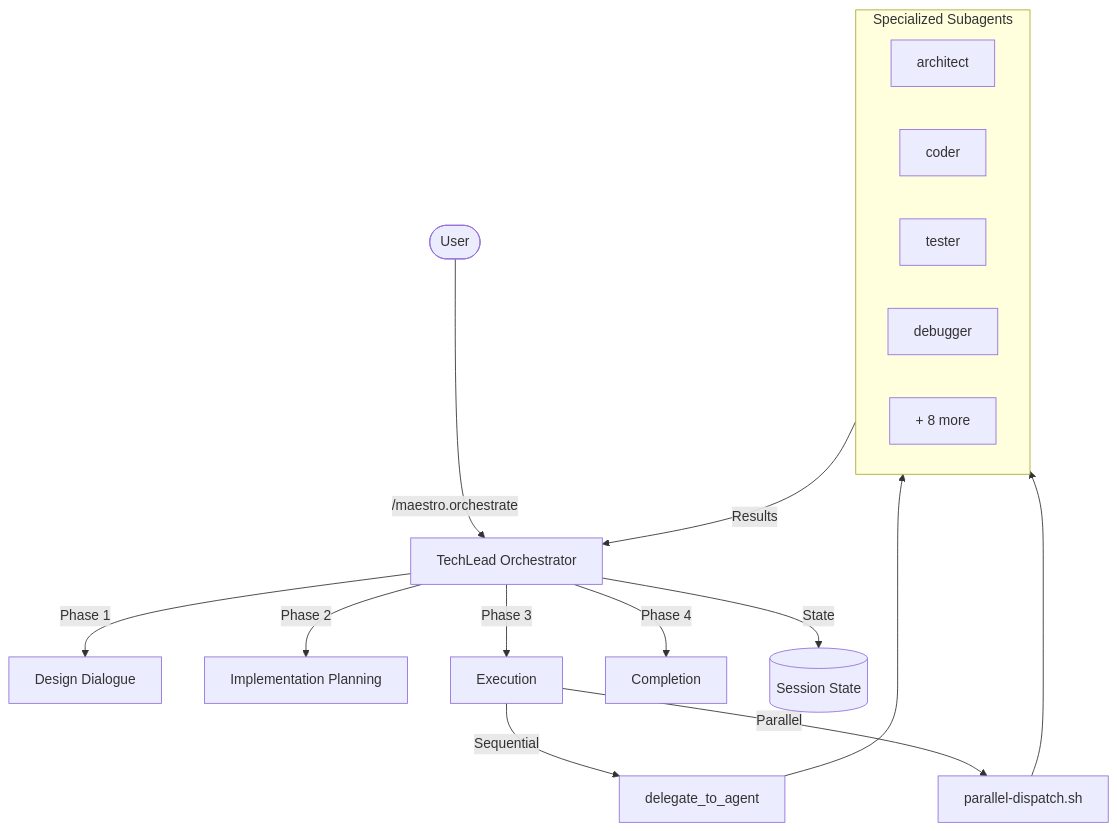
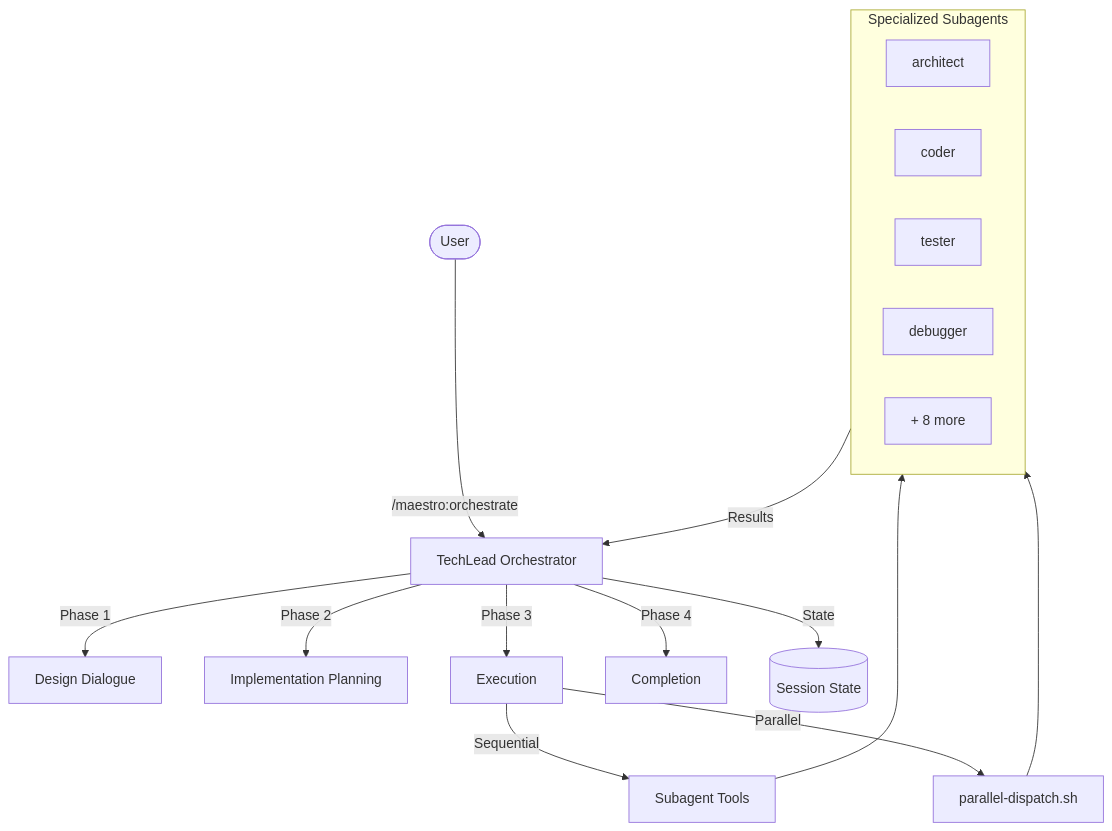
Before and after one commit to akio0406/maestro-gemini: the diagram in README.md, drawn with Mermaid. The commit also changed other lines of this file and 59 other files, not shown here.

````diff
--- a/README.md
+++ b/README.md
@@ -281,27 +295,27 @@
 ```mermaid
 graph TB
-    User([User]) -->|/maestro.orchestrate| TL[TechLead Orchestrator]
+    User([User]) -->|/maestro:orchestrate| TL[TechLead Orchestrator]
 
     TL -->|Phase 1| DD[Design Dialogue]
     TL -->|Phase 2| IP[Implementation Planning]
     TL -->|Phase 3| EX[Execution]
     TL -->|Phase 4| CO[Completion]
 
-    EX -->|Sequential| DA[delegate_to_agent]
+    EX -->|Sequential| DA[Subagent Tools]
     EX -->|Parallel| PD[parallel-dispatch.sh]
 
     DA --> Agents
     PD --> Agents
 
     subgraph Agents [Specialized Subagents]
         direction LR
         A1[architect]
         A2[coder]
         A3[tester]
         A4[debugger]
         A5[+ 8 more]
     end
 
     Agents -->|Results| TL
     TL -->|State| SS[(Session State)]
 ```
````
